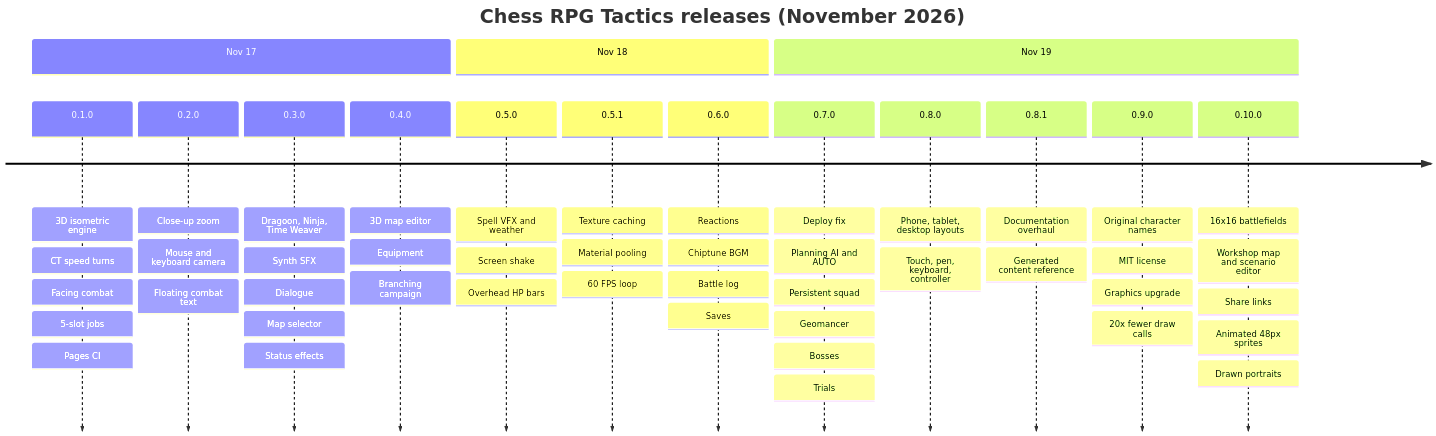
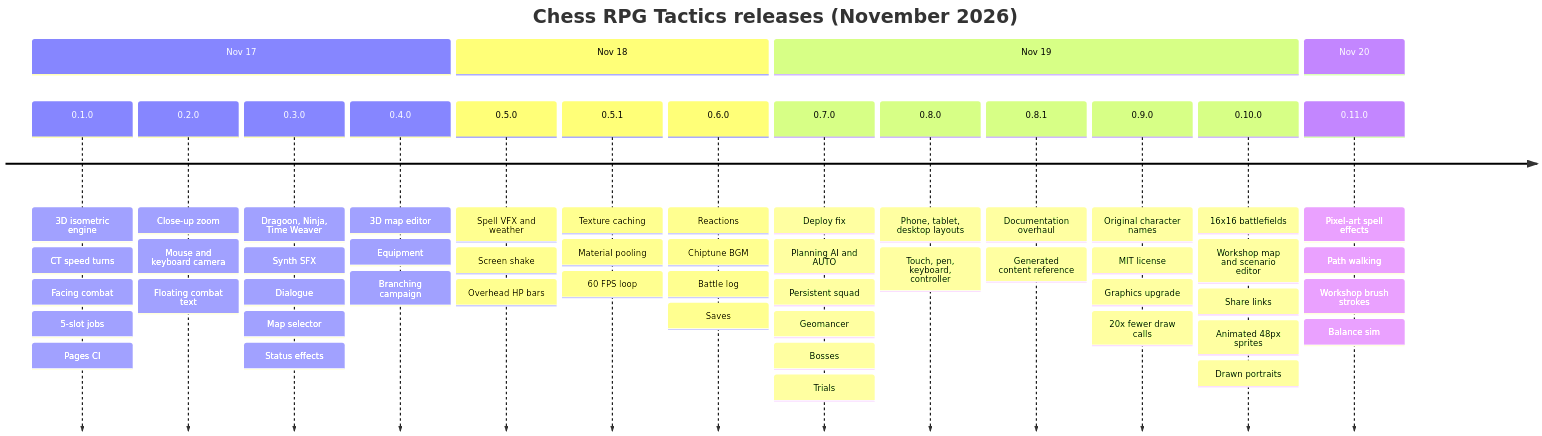
One commit to CptNope/Chess-RPG-Tactics changed the first of 4 diagrams in docs/ROADMAP.md. Above: the diagram before and after it, drawn with Mermaid. The commit also changed other lines of this file and 74 other files, not shown here.

First line of the commit message:
0.11.0: pixel-art battle effects, path walking, Workshop brush strokes, II-B rebalance

````diff
--- a/docs/ROADMAP.md
+++ b/docs/ROADMAP.md
@@ -11,19 +11,21 @@
 ```mermaid
 timeline
     title Chess RPG Tactics releases (November 2026)
     section Nov 17
         0.1.0 : 3D isometric engine : CT speed turns : Facing combat : 5-slot jobs : Pages CI
         0.2.0 : Close-up zoom : Mouse and keyboard camera : Floating combat text
         0.3.0 : Dragoon, Ninja, Time Weaver : Synth SFX : Dialogue : Map selector : Status effects
         0.4.0 : 3D map editor : Equipment : Branching campaign
     section Nov 18
         0.5.0 : Spell VFX and weather : Screen shake : Overhead HP bars
         0.5.1 : Texture caching : Material pooling : 60 FPS loop
         0.6.0 : Reactions : Chiptune BGM : Battle log : Saves
     section Nov 19
         0.7.0 : Deploy fix : Planning AI and AUTO : Persistent squad : Geomancer : Bosses : Trials
         0.8.0 : Phone, tablet, desktop layouts : Touch, pen, keyboard, controller
         0.8.1 : Documentation overhaul : Generated content reference
         0.9.0 : Original character names : MIT license : Graphics upgrade : 20x fewer draw calls
         0.10.0 : 16x16 battlefields : Workshop map and scenario editor : Share links : Animated 48px sprites : Drawn portraits
+    section Nov 20
+        0.11.0 : Pixel-art spell effects : Path walking : Workshop brush strokes : Balance sim
 ```
````
